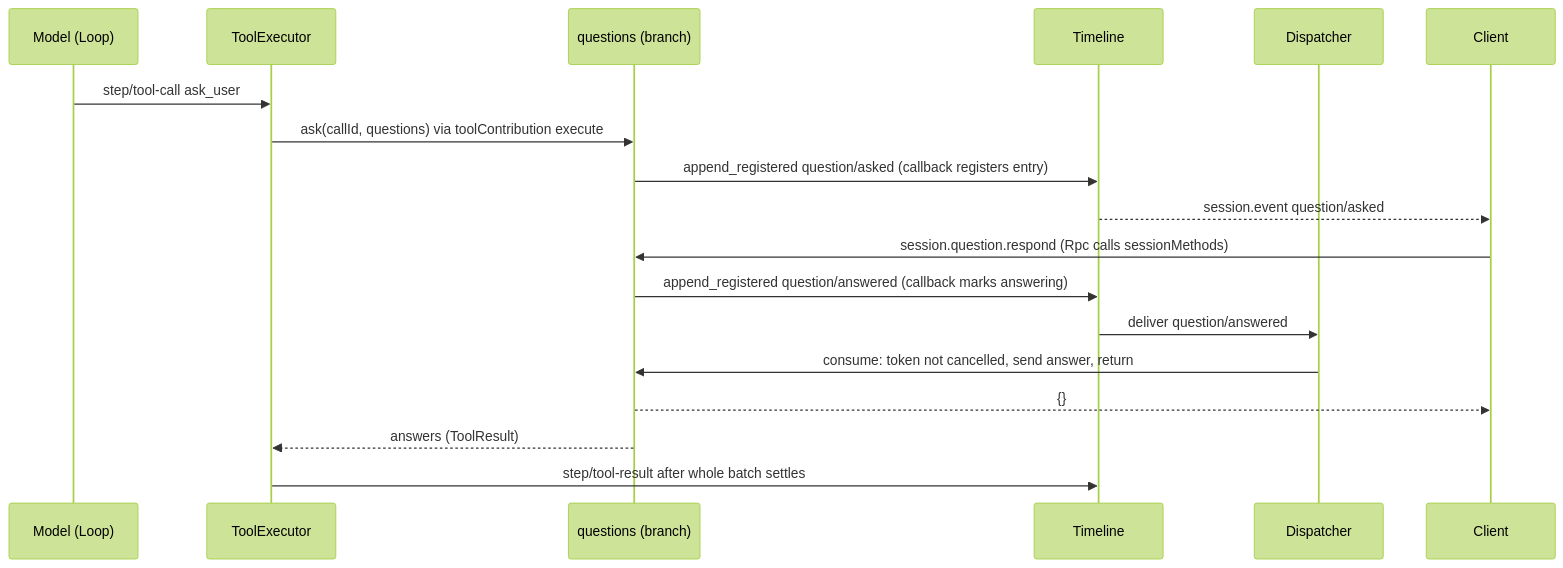
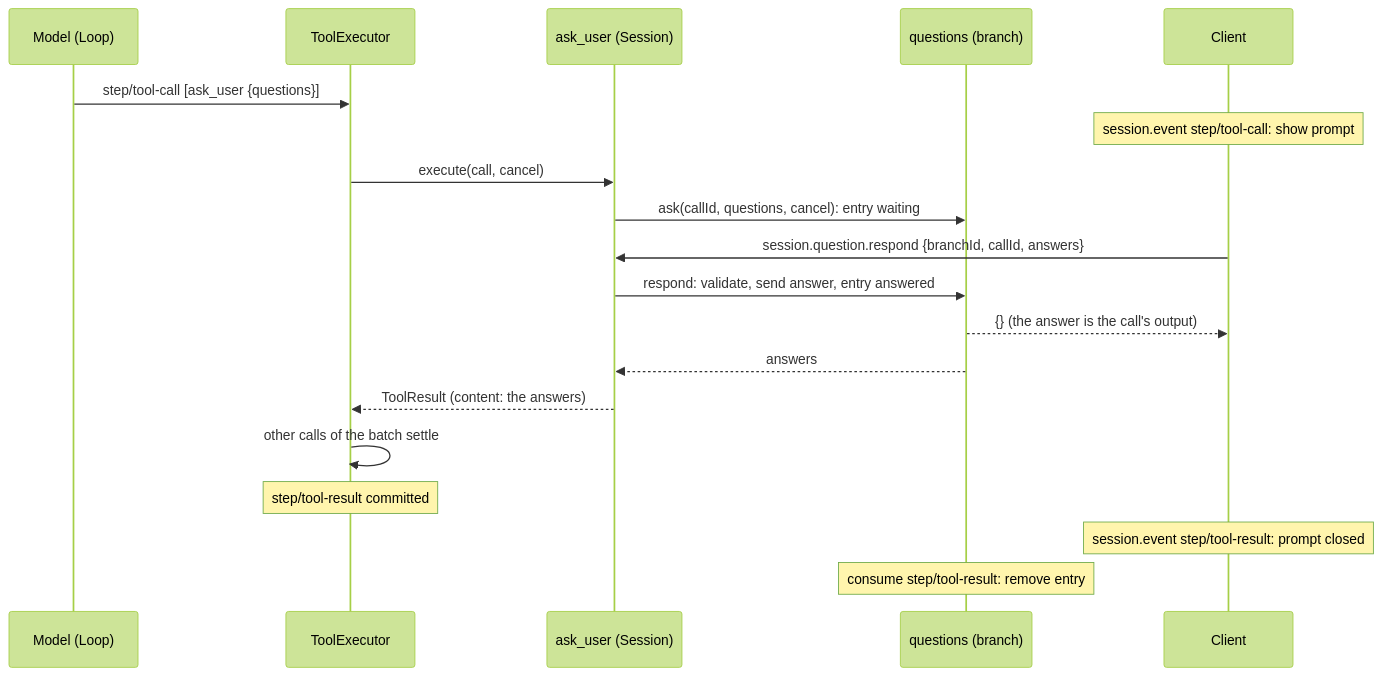
The third of 4 diagrams in docs/design/plugins/Questions.md (CoutinhoTTS/dim-agent), drawn with Mermaid (forest theme) before and after one commit. The commit also changed other lines of this file and 13 other files, not shown here.

First line of the commit message:
docs(questions): redesign ask_user so the answer is the tool result

````diff
--- a/docs/design/plugins/Questions.md
+++ b/docs/design/plugins/Questions.md
@@ -94,20 +87,21 @@
 ```mermaid
 sequenceDiagram
   participant M as Model (Loop)
   participant TE as ToolExecutor
-  participant Q as questions (branch)
-  participant TL as Timeline
-  participant D as Dispatcher
+  participant QS as ask_user (Session)
+  participant QB as questions (branch)
   participant C as Client
-  M->>TE: step/tool-call ask_user
-  TE->>Q: ask(callId, questions) via toolContribution execute
-  Q->>TL: append_registered question/asked (callback registers entry)
-  TL-->>C: session.event question/asked
-  C->>Q: session.question.respond (Rpc calls sessionMethods)
-  Q->>TL: append_registered question/answered (callback marks answering)
-  TL->>D: deliver question/answered
-  D->>Q: consume: token not cancelled, send answer, return
-  Q-->>C: {}
-  Q-->>TE: answers (ToolResult)
-  TE->>TL: step/tool-result after whole batch settles
+  M->>TE: step/tool-call [ask_user {questions}]
+  Note over C: session.event step/tool-call: show prompt
+  TE->>QS: execute(call, cancel)
+  QS->>QB: ask(callId, questions, cancel): entry waiting
+  C->>QS: session.question.respond {branchId, callId, answers}
+  QS->>QB: respond: validate, send answer, entry answered
+  QB-->>C: {} (the answer is the call's output)
+  QB-->>QS: answers
+  QS-->>TE: ToolResult (content: the answers)
+  TE->>TE: other calls of the batch settle
+  Note over TE: step/tool-result committed
+  Note over C: session.event step/tool-result: prompt closed
+  Note over QB: consume step/tool-result: remove entry
 ```
````
